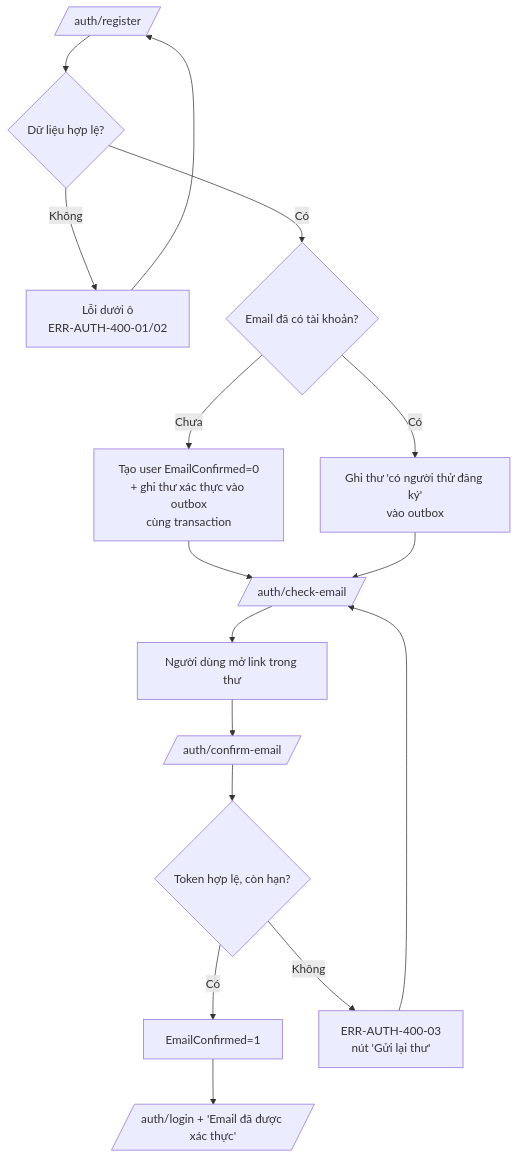
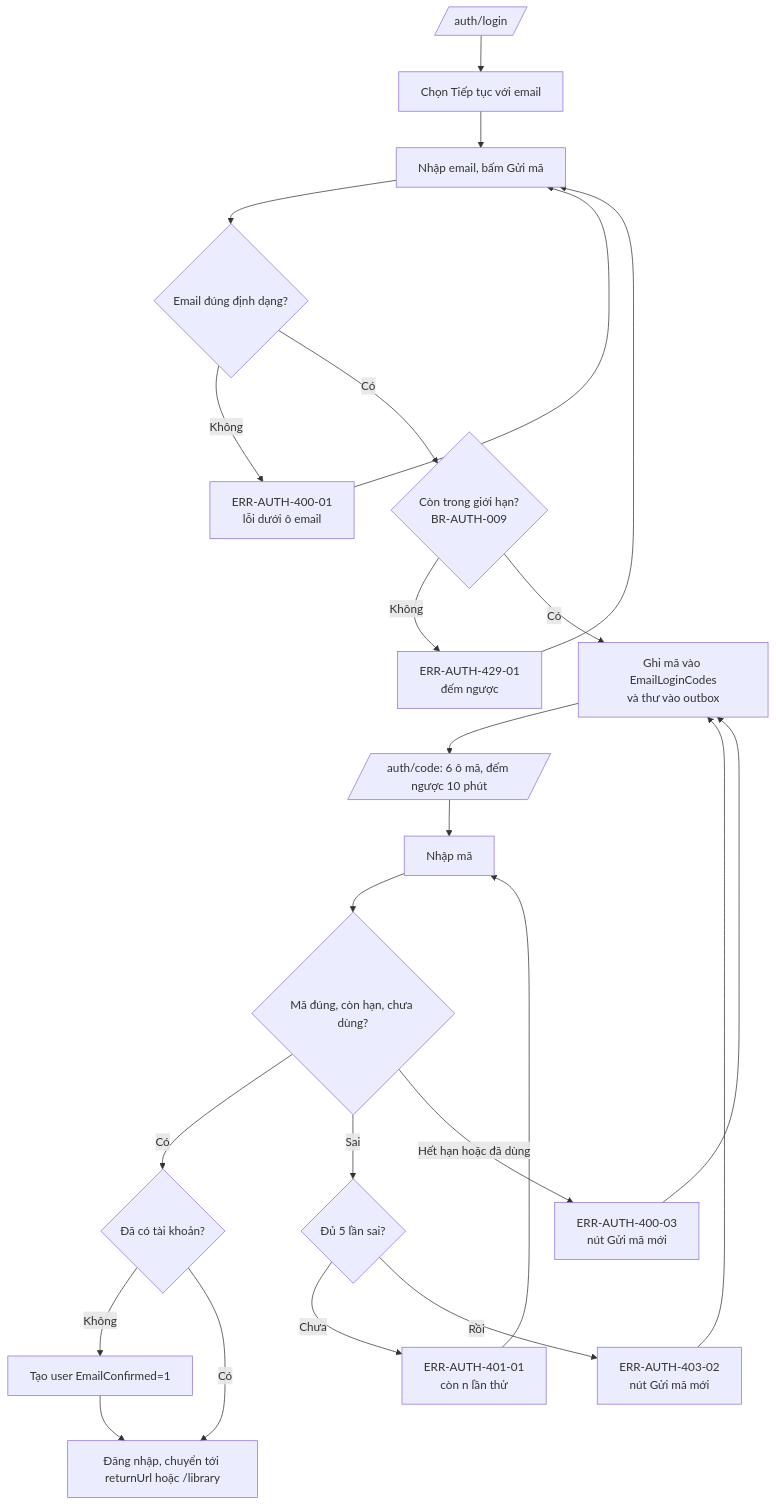
One commit to pamela172103/Lingozi changed the first of 9 diagrams in docs/features/accounts/design/flows.md. Above: the diagram before and after it, drawn with Mermaid. The commit also changed other lines of this file and 15 other files, not shown here.

First line of the commit message:
docs(accounts): switch FEAT-01 to passwordless email-code sign-in

````diff
--- a/docs/features/accounts/design/flows.md
+++ b/docs/features/accounts/design/flows.md
@@ -7,14 +7,20 @@
 ```mermaid
 flowchart TD
-    A[/auth/register/] --> B{Dữ liệu hợp lệ?}
-    B -- Không --> A1[Lỗi dưới ô<br/>ERR-AUTH-400-01/02] --> A
-    B -- Có --> C{Email đã có tài khoản?}
-    C -- Chưa --> D[Tạo user EmailConfirmed=0<br/>+ ghi thư xác thực vào outbox<br/>cùng transaction]
-    C -- Có --> E[Ghi thư 'có người thử đăng ký'<br/>vào outbox]
-    D --> F[/auth/check-email/]
-    E --> F
-    F --> G[Người dùng mở link trong thư] --> H[/auth/confirm-email/]
-    H --> I{Token hợp lệ, còn hạn?}
-    I -- Có --> J[EmailConfirmed=1] --> K[/auth/login + 'Email đã được xác thực'/]
-    I -- Không --> L[ERR-AUTH-400-03<br/>nút 'Gửi lại thư'] --> F
+    A[/auth/login/] --> B[Chọn Tiếp tục với email]
+    B --> C[Nhập email, bấm Gửi mã]
+    C --> D{Email đúng định dạng?}
+    D -- Không --> D1[ERR-AUTH-400-01<br/>lỗi dưới ô email] --> C
+    D -- Có --> E{Còn trong giới hạn?<br/>BR-AUTH-009}
+    E -- Không --> E1[ERR-AUTH-429-01<br/>đếm ngược] --> C
+    E -- Có --> F[Ghi mã vào EmailLoginCodes<br/>và thư vào outbox]
+    F --> G[/auth/code: 6 ô mã, đếm ngược 10 phút/]
+    G --> H[Nhập mã]
+    H --> I{Mã đúng, còn hạn, chưa dùng?}
+    I -- Có --> J{Đã có tài khoản?}
+    J -- Không --> K[Tạo user EmailConfirmed=1] --> L[Đăng nhập, chuyển tới returnUrl hoặc /library]
+    J -- Có --> L
+    I -- Sai --> M{Đủ 5 lần sai?}
+    M -- Chưa --> M1[ERR-AUTH-401-01<br/>còn n lần thử] --> H
+    M -- Rồi --> M2[ERR-AUTH-403-02<br/>nút Gửi mã mới] --> F
+    I -- Hết hạn hoặc đã dùng --> N[ERR-AUTH-400-03<br/>nút Gửi mã mới] --> F
 ```
````
